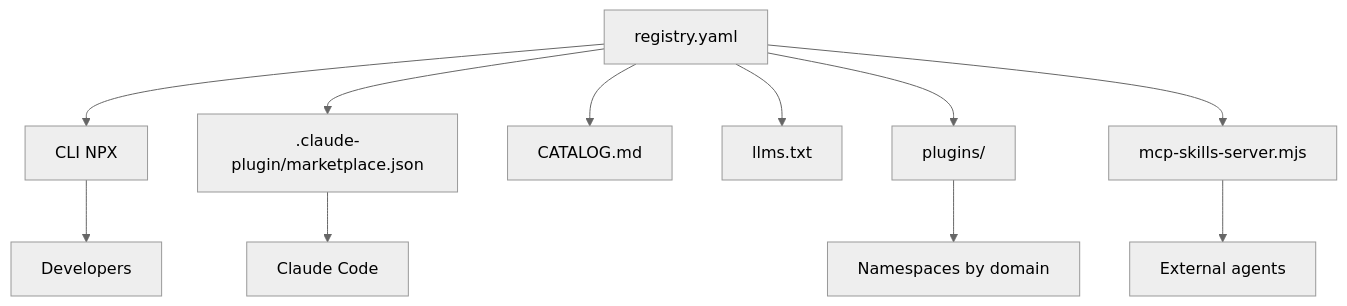
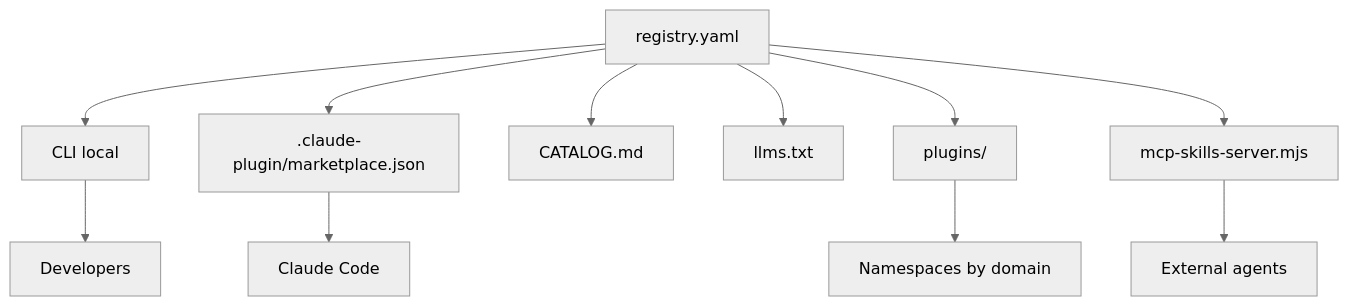
One commit to quantumquirkxyz/skills-quirk changed the first of 2 diagrams in docs/reference/wiki/Distribution.md. Above: the diagram before and after it, drawn with Mermaid (neutral theme). The commit also changed other lines of this file and 8 other files, not shown here.

````diff
--- a/docs/reference/wiki/Distribution.md
+++ b/docs/reference/wiki/Distribution.md
@@ -13,13 +13,13 @@
 ```mermaid
 flowchart TD
-    A[registry.yaml] --> B[CLI NPX]
+    A[registry.yaml] --> B[CLI local]
     A --> C[.claude-plugin/marketplace.json]
     A --> D[CATALOG.md]
     A --> E[llms.txt]
     A --> F[plugins/]
     A --> G[mcp-skills-server.mjs]
     G --> H[External agents]
     B --> I[Developers]
     C --> J[Claude Code]
     F --> K[Namespaces by domain]
 ```
````
